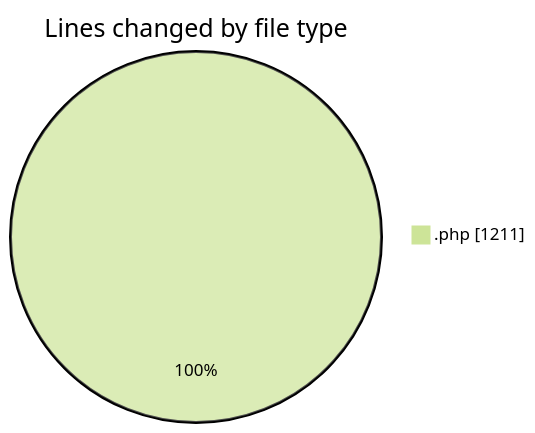
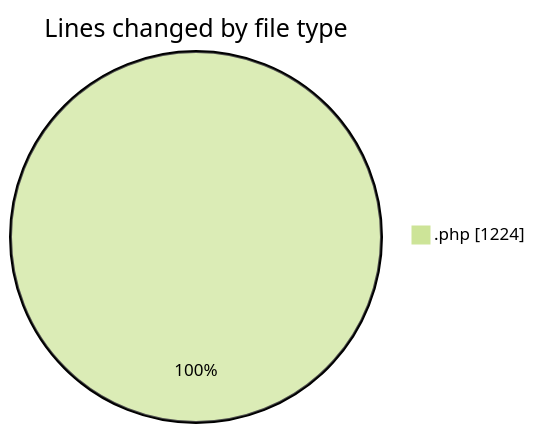
Before and after one commit to debugP/code-tracking: the first of 2 diagrams in 2025-08-22/jmb-woocommerce-price-updater/README.md, drawn with Mermaid (forest theme). The commit also changed other lines of this file and 1 other file, not shown here.

````diff
--- a/2025-08-22/jmb-woocommerce-price-updater/README.md
+++ b/2025-08-22/jmb-woocommerce-price-updater/README.md
@@ -20,5 +20,5 @@
 ```mermaid
 pie showData
 title Lines changed by file type
-".php" : 1211
+".php" : 1224
 ```
````
